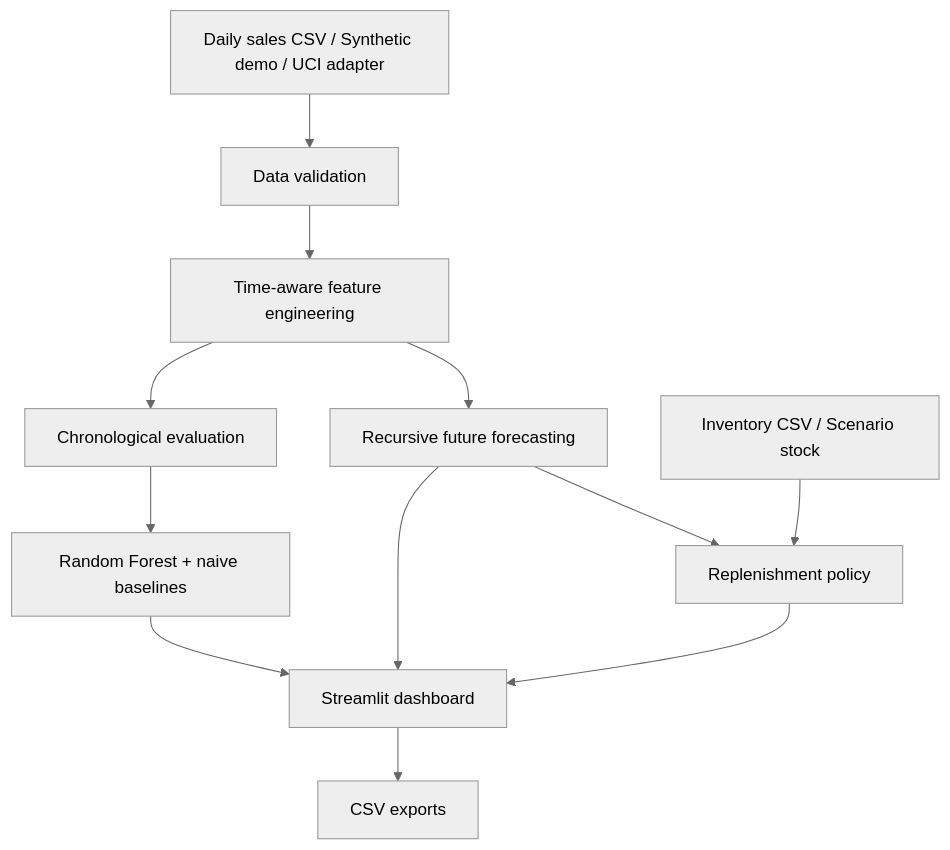
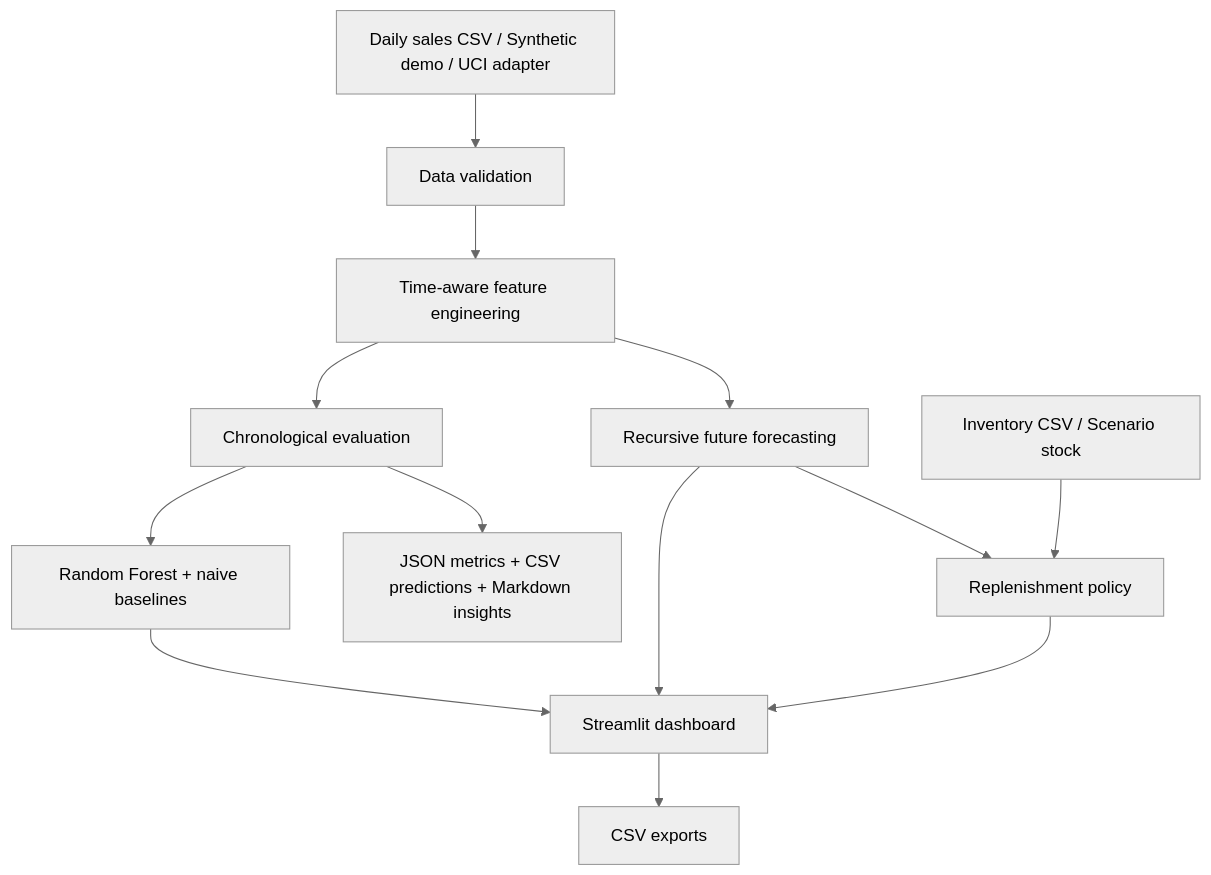
Before and after one commit to Naveed05/DemandIQ: the diagram in README.md, drawn with Mermaid (neutral theme). The commit also changed other lines of this file and 5 other files, not shown here.

````diff
--- a/README.md
+++ b/README.md
@@ -21,14 +22,15 @@
 ```mermaid
 flowchart TD
     A[Daily sales CSV / Synthetic demo / UCI adapter] --> B[Data validation]
     B --> C[Time-aware feature engineering]
     C --> D[Chronological evaluation]
     D --> E[Random Forest + naive baselines]
     C --> F[Recursive future forecasting]
     E --> G[Streamlit dashboard]
     F --> G
     H[Inventory CSV / Scenario stock] --> I[Replenishment policy]
     F --> I
     I --> G
     G --> J[CSV exports]
+    D --> K[JSON metrics + CSV predictions + Markdown insights]
 ```
````
